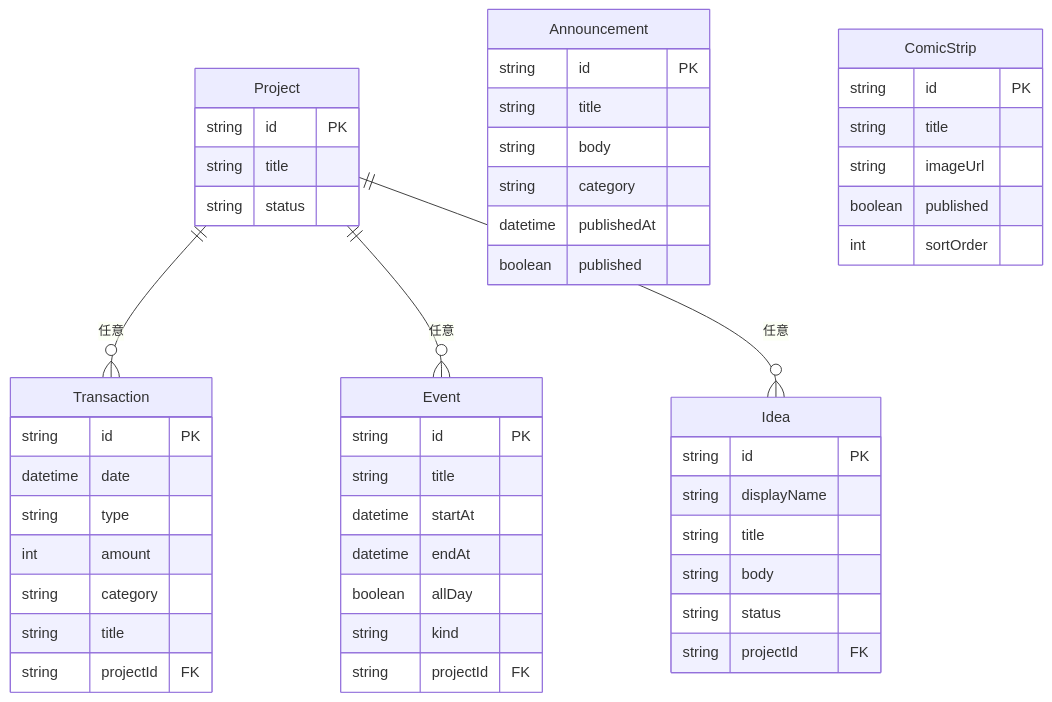
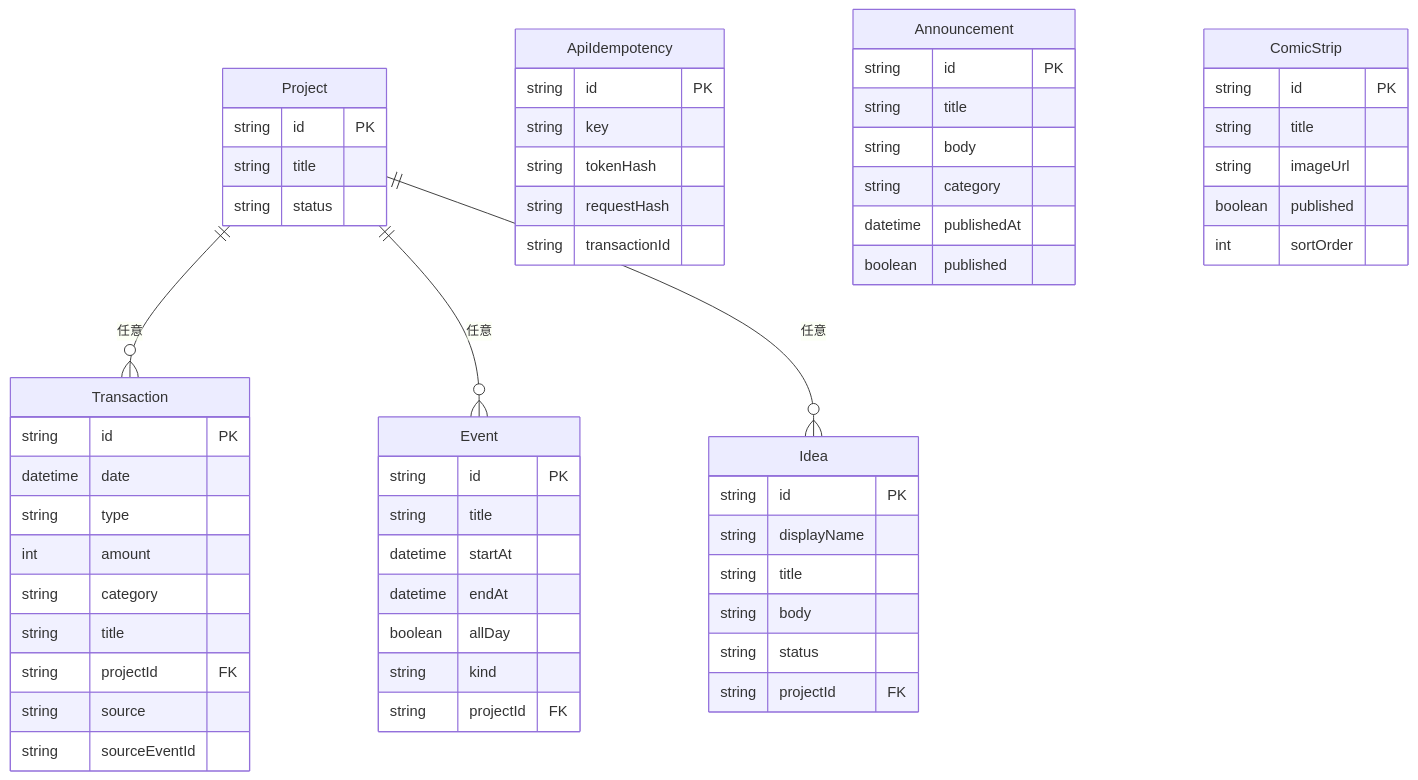
Before and after one commit to Kaggle-runa/runa-budget-app: the diagram in docs/architecture/data-model.md, drawn with Mermaid. The commit also changed other lines of this file and 28 other files, not shown here.

````diff
--- a/docs/architecture/data-model.md
+++ b/docs/architecture/data-model.md
@@ -8,52 +8,61 @@
 ```mermaid
 erDiagram
   Project ||--o{ Transaction : "任意"
   Project ||--o{ Event : "任意"
   Project ||--o{ Idea : "任意"
   Project {
     string id PK
     string title
     string status
   }
   Transaction {
     string id PK
     datetime date
     string type
     int amount
     string category
     string title
     string projectId FK
+    string source
+    string sourceEventId
+  }
+  ApiIdempotency {
+    string id PK
+    string key
+    string tokenHash
+    string requestHash
+    string transactionId
   }
   Event {
     string id PK
     string title
     datetime startAt
     datetime endAt
     boolean allDay
     string kind
     string projectId FK
   }
   Idea {
     string id PK
     string displayName
     string title
     string body
     string status
     string projectId FK
   }
   Announcement {
     string id PK
     string title
     string body
     string category
     datetime publishedAt
     boolean published
   }
   ComicStrip {
     string id PK
     string title
     string imageUrl
     boolean published
     int sortOrder
   }
 ```
````
